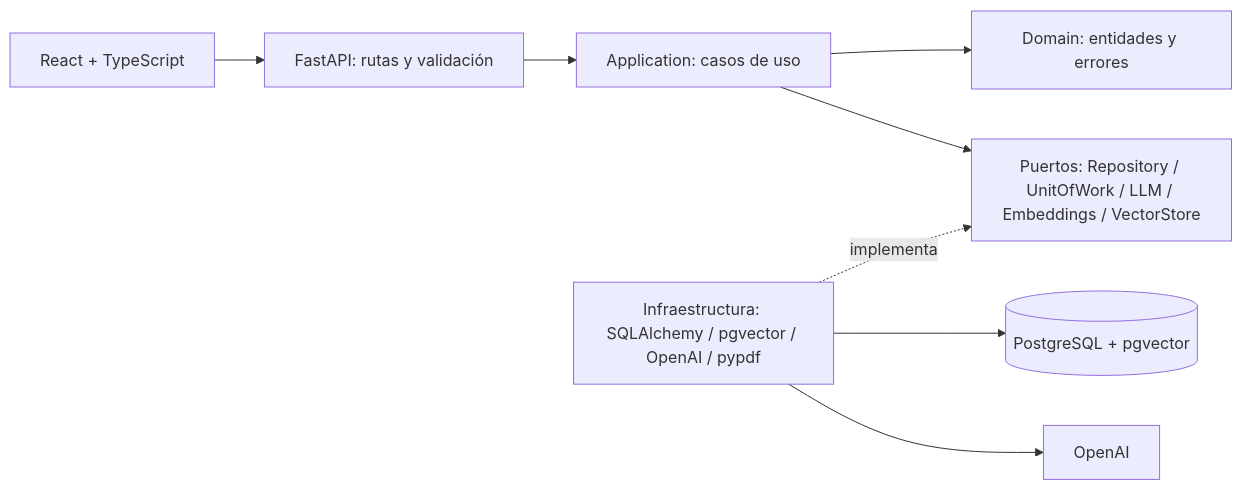
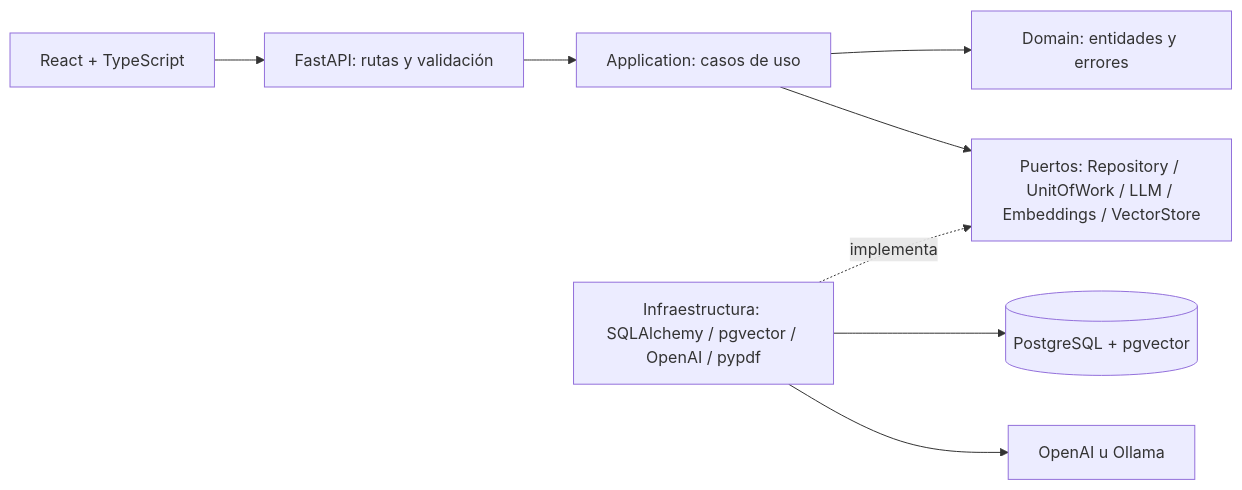
One commit to DanielToledo-99/pruebaContinental changed the diagram in README.md. Above: the diagram before and after it, drawn with Mermaid. The commit also changed other lines of this file and 18 other files, not shown here.

````diff
--- a/README.md
+++ b/README.md
@@ -23,10 +24,10 @@
 ```mermaid
 flowchart LR
     UI[React + TypeScript] --> API[FastAPI: rutas y validación]
     API --> UC[Application: casos de uso]
     UC --> D[Domain: entidades y errores]
     UC --> P[Puertos: Repository / UnitOfWork / LLM / Embeddings / VectorStore]
     I[Infraestructura: SQLAlchemy / pgvector / OpenAI / pypdf] -. implementa .-> P
     I --> DB[(PostgreSQL + pgvector)]
-    I --> OA[OpenAI]
+    I --> OA[OpenAI u Ollama]
 ```
````
